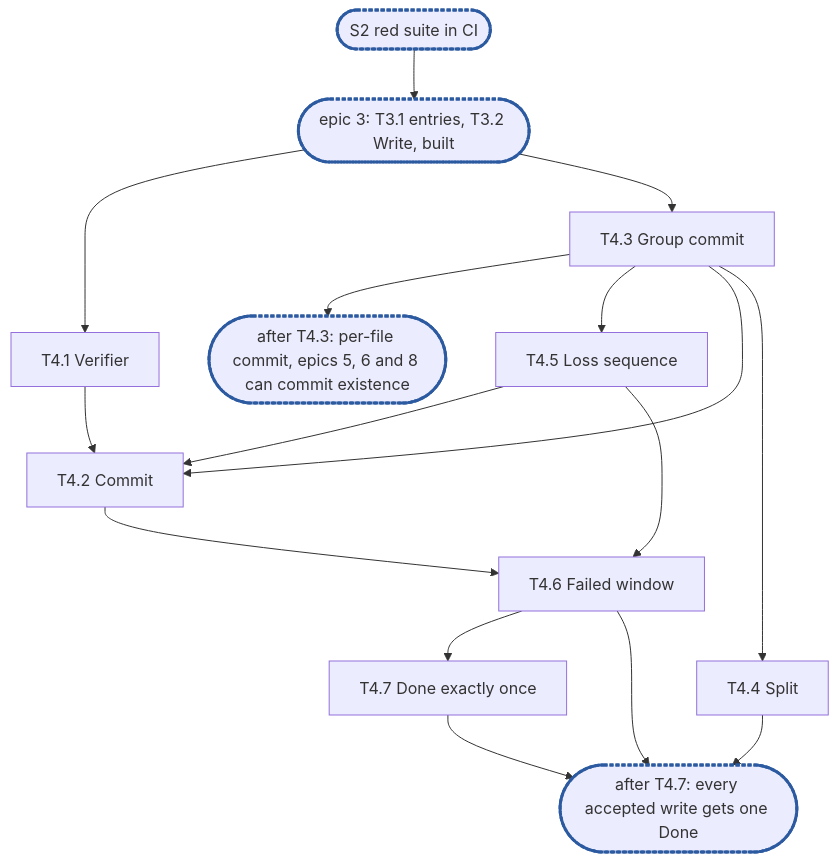
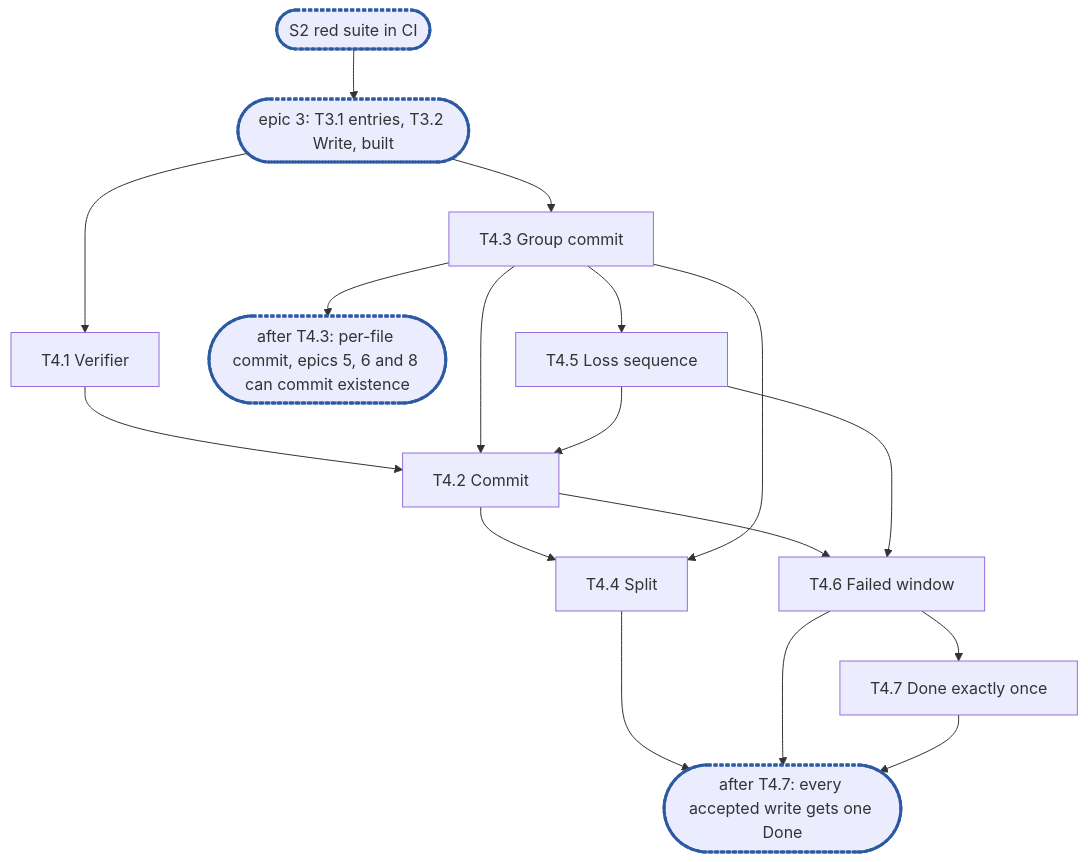
The diagram in docs/internals/planning/rfc-8-engine-epic4.md (marmos91/dittofs), drawn with Mermaid before and after one commit. The commit also changed other lines of this file and 18 other files, not shown here.

````diff
--- a/docs/internals/planning/rfc-8-engine-epic4.md
+++ b/docs/internals/planning/rfc-8-engine-epic4.md
@@ -692,14 +710,14 @@
 ```mermaid
 flowchart TD
   S2(["S2 red suite in CI"]):::sync --> E3(["epic 3: T3.1 entries, T3.2 Write, built"]):::sync
   E3 --> T4_1["T4.1 Verifier"]
   E3 --> T4_3["T4.3 Group commit"]
   T4_3 --> C1(["after T4.3: per-file commit, epics 5, 6 and 8 can commit existence"]):::sync
   T4_3 --> T4_5["T4.5 Loss sequence"]
   T4_1 & T4_3 & T4_5 --> T4_2["T4.2 Commit"]
-  T4_3 --> T4_4["T4.4 Split"]
+  T4_2 & T4_3 --> T4_4["T4.4 Split"]
   T4_2 & T4_5 --> T4_6["T4.6 Failed window"]
   T4_6 --> T4_7["T4.7 Done exactly once"]
   T4_4 & T4_6 & T4_7 --> C2(["after T4.7: every accepted write gets one Done"]):::sync
   classDef sync stroke:#2c5aa0,stroke-width:3px,stroke-dasharray:4 2
 ```
````
